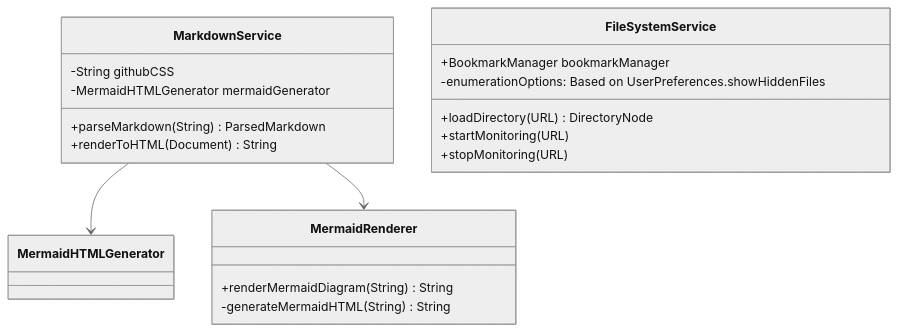
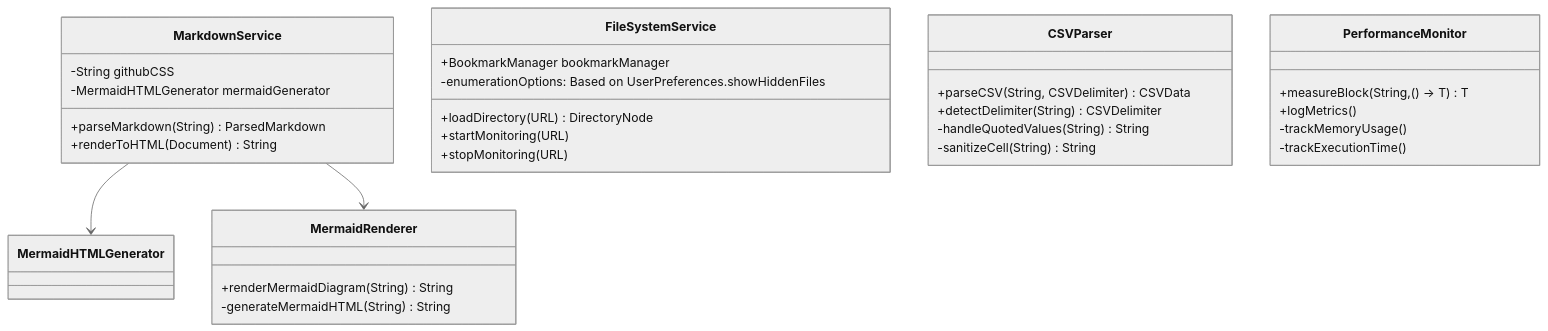
The fourth of 11 diagrams in docs/development/current-architecture.md (Consortium-team/mac-markdown-browser), drawn with Mermaid (neutral theme) before and after one commit. The commit also changed other lines of this file and 9 other files, not shown here.

First line of the commit message:
docs: complete refresh-csv-performance feature and capture learnings

````diff
--- a/docs/development/current-architecture.md
+++ b/docs/development/current-architecture.md
@@ -161,25 +176,39 @@
 ```mermaid
 classDiagram
     class MarkdownService {
         -String githubCSS
         -MermaidHTMLGenerator mermaidGenerator
         +parseMarkdown(String) ParsedMarkdown
         +renderToHTML(Document) String
     }
     
     class FileSystemService {
         +BookmarkManager bookmarkManager
         +loadDirectory(URL) DirectoryNode
         +startMonitoring(URL)
         +stopMonitoring(URL)
         -enumerationOptions: Based on UserPreferences.showHiddenFiles
     }
     
     class MermaidRenderer {
         +renderMermaidDiagram(String) String
         -generateMermaidHTML(String) String
     }
     
+    class CSVParser {
+        +parseCSV(String, CSVDelimiter) CSVData
+        +detectDelimiter(String) CSVDelimiter
+        -handleQuotedValues(String) String
+        -sanitizeCell(String) String
+    }
+    
+    class PerformanceMonitor {
+        +measureBlock(String, () -> T) T
+        +logMetrics()
+        -trackMemoryUsage()
+        -trackExecutionTime()
+    }
+    
     MarkdownService --> MermaidHTMLGenerator
     MarkdownService --> MermaidRenderer
 ```
````
